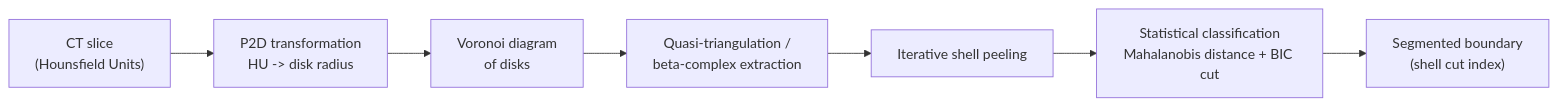
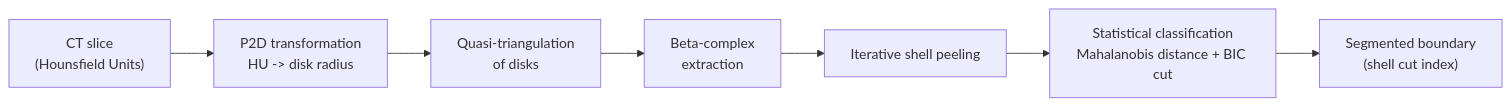
One commit to SKINPEELER-software/SKINPEELER changed the first of 2 diagrams in README.md. Above: the diagram before and after it, drawn with Mermaid. The commit also changed other lines of this file and 3 other files, not shown here.

First line of the commit message:
Document the Mahalanobis + BIC cut rule, grid quasi-triangulation, and per-specimen beta

````diff
--- a/README.md
+++ b/README.md
@@ -105,9 +111,9 @@
 ```mermaid
 flowchart LR
     A["CT slice<br/>(Hounsfield Units)"] --> B["P2D transformation<br/>HU -> disk radius"]
-    B --> C["Voronoi diagram<br/>of disks"]
-    C --> D["Quasi-triangulation /<br/>beta-complex extraction"]
+    B --> C["Quasi-triangulation<br/>of disks"]
+    C --> D["Beta-complex<br/>extraction"]
     D --> E["Iterative shell peeling"]
     E --> F["Statistical classification<br/>Mahalanobis distance + BIC cut"]
     F --> G["Segmented boundary<br/>(shell cut index)"]
 ```
````
